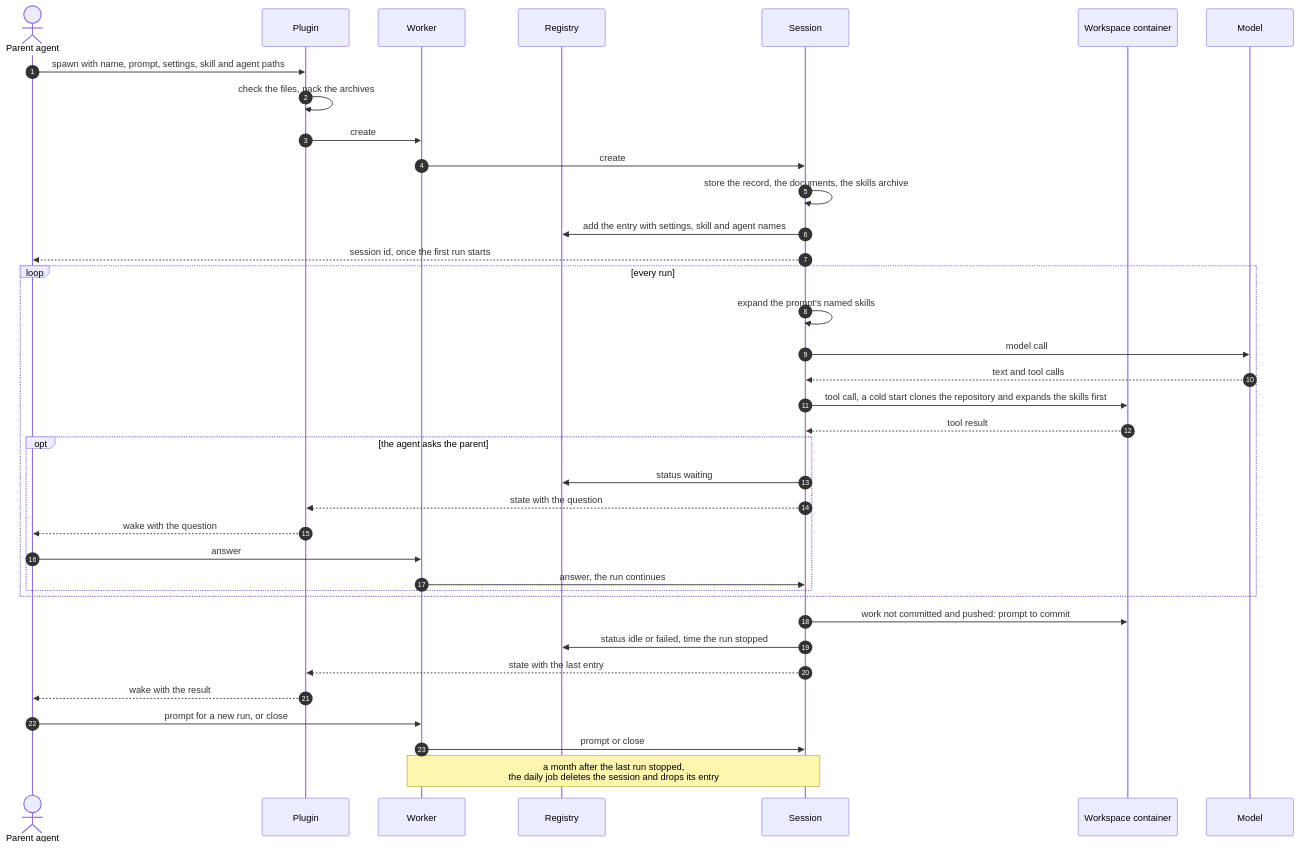
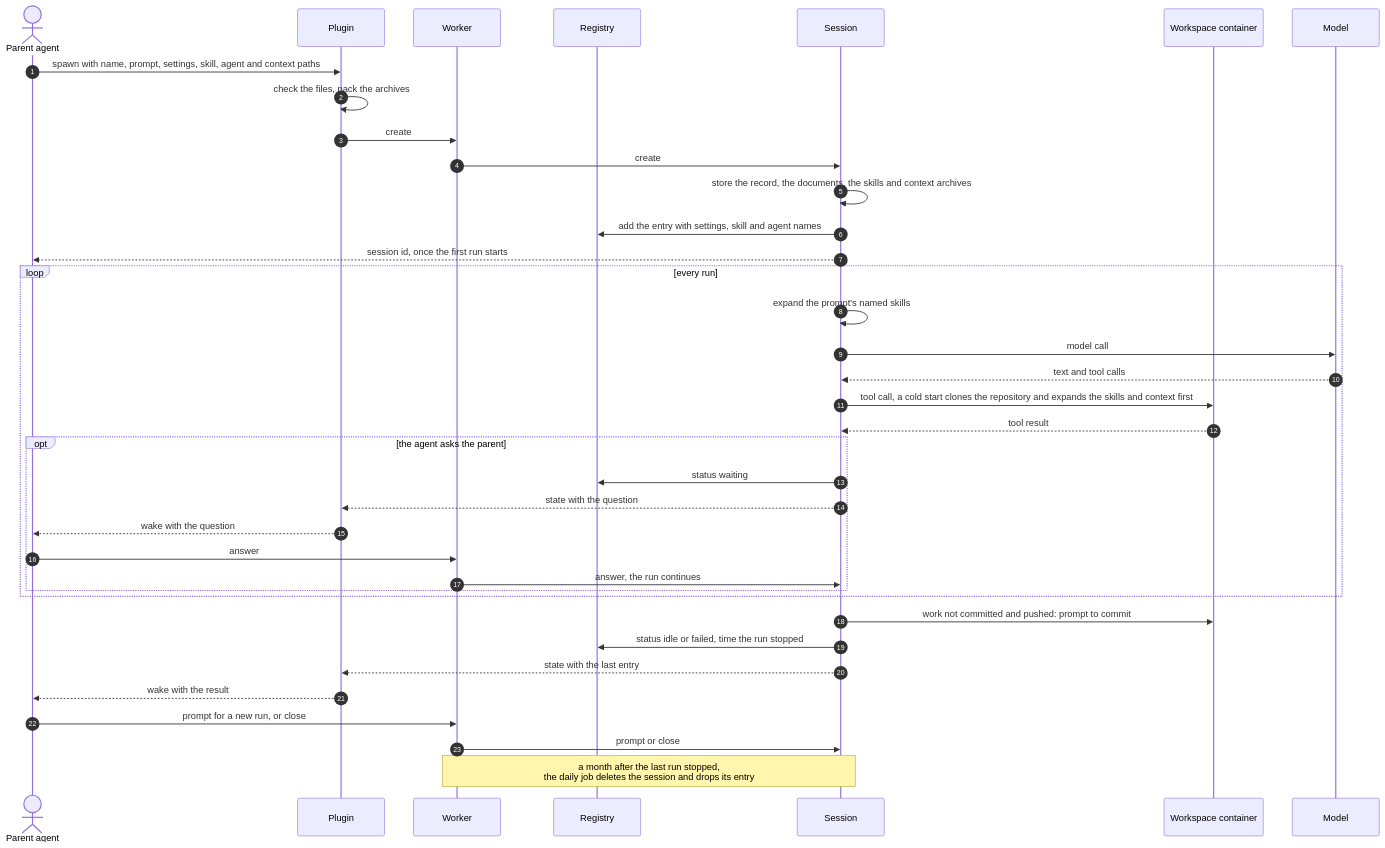
The first of 9 diagrams in docs/technical-design/sessions.md (asermax/tentacles), drawn with Mermaid before and after one commit. The commit also changed other lines of this file and 3 other files, not shown here.

````diff
--- a/docs/technical-design/sessions.md
+++ b/docs/technical-design/sessions.md
@@ -15,39 +15,39 @@
 ```mermaid
 sequenceDiagram
     autonumber
     actor P as Parent agent
     participant H as Plugin
     participant W as Worker
     participant R as Registry
     participant S as Session
     participant C as Workspace container
     participant M as Model
-    P->>H: spawn with name, prompt, settings, skill and agent paths
+    P->>H: spawn with name, prompt, settings, skill, agent and context paths
     H->>H: check the files, pack the archives
     H->>W: create
     W->>S: create
-    S->>S: store the record, the documents, the skills archive
+    S->>S: store the record, the documents, the skills and context archives
     S->>R: add the entry with settings, skill and agent names
     S-->>P: session id, once the first run starts
     loop every run
         S->>S: expand the prompt's named skills
         S->>M: model call
         M-->>S: text and tool calls
-        S->>C: tool call, a cold start clones the repository and expands the skills first
+        S->>C: tool call, a cold start clones the repository and expands the skills and context first
         C-->>S: tool result
         opt the agent asks the parent
             S->>R: status waiting
             S-->>H: state with the question
             H-->>P: wake with the question
             P->>W: answer
             W->>S: answer, the run continues
         end
     end
     S->>C: work not committed and pushed: prompt to commit
     S->>R: status idle or failed, time the run stopped
     S-->>H: state with the last entry
     H-->>P: wake with the result
     P->>W: prompt for a new run, or close
     W->>S: prompt or close
     Note over W,S: a month after the last run stopped,<br/>the daily job deletes the session and drops its entry
 ```
````
